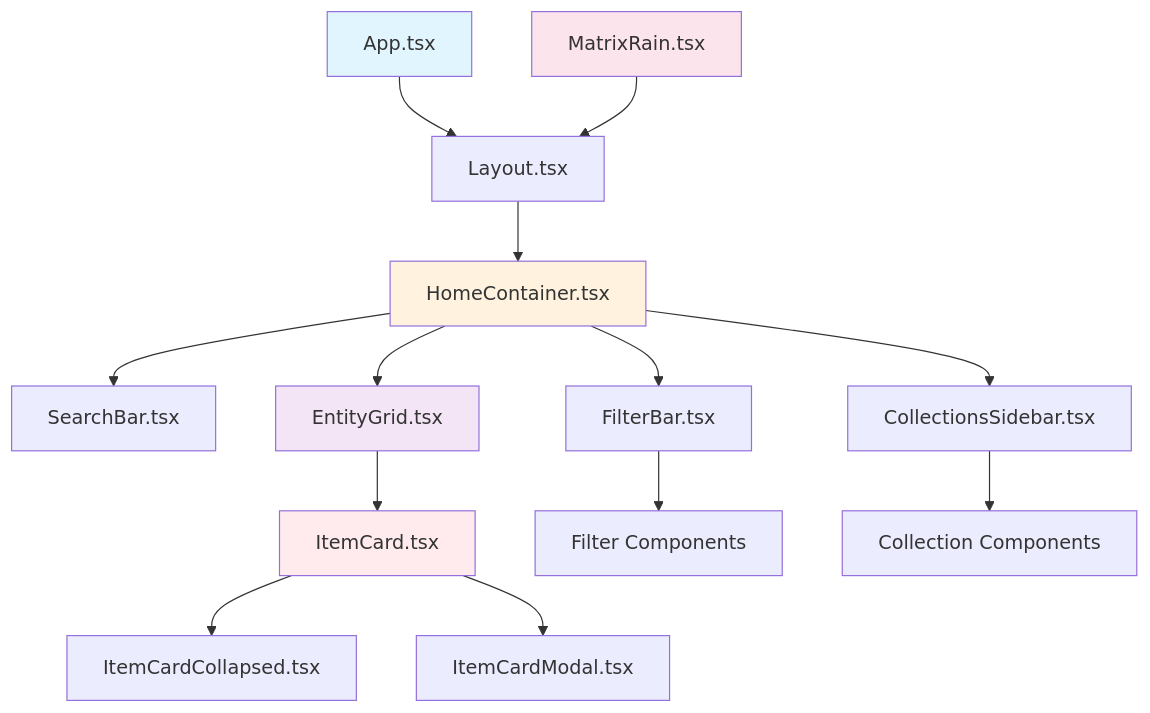
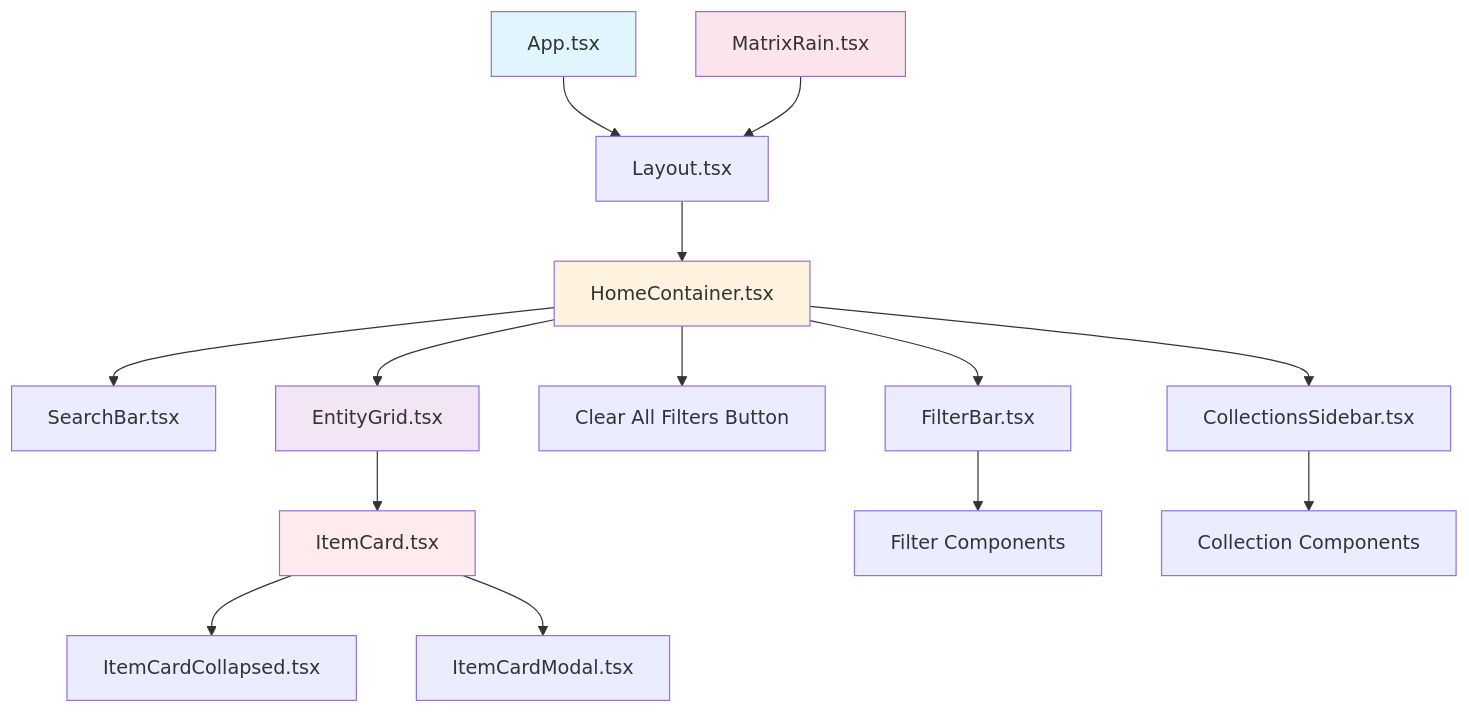
One commit to AustroMelee/Austros-ATLA-World changed the fifth of 15 diagrams in docs/data flow.md. Above: the diagram before and after it, drawn with Mermaid. The commit also changed other lines of this file and 32 other files, not shown here.

````diff
--- a/docs/data flow.md
+++ b/docs/data flow.md
@@ -119,24 +128,25 @@
 ```mermaid
 graph TD
     A[App.tsx] --> B[Layout.tsx]
     B --> C[HomeContainer.tsx]
     C --> D[SearchBar.tsx]
     C --> E[FilterBar.tsx]
-    C --> F[EntityGrid.tsx]
-    C --> G[CollectionsSidebar.tsx]
+    C --> F[Clear All Filters Button]
+    C --> G[EntityGrid.tsx]
+    C --> H[CollectionsSidebar.tsx]
     
-    F --> H[ItemCard.tsx]
-    H --> I[ItemCardCollapsed.tsx]
-    H --> J[ItemCardModal.tsx]
+    G --> I[ItemCard.tsx]
+    I --> J[ItemCardCollapsed.tsx]
+    I --> K[ItemCardModal.tsx]
     
-    E --> K[Filter Components]
-    G --> L[Collection Components]
+    E --> L[Filter Components]
+    H --> M[Collection Components]
     
-    M[MatrixRain.tsx] --> B
+    N[MatrixRain.tsx] --> B
     
     style A fill:#e1f5fe
     style C fill:#fff3e0
-    style F fill:#f3e5f5
-    style H fill:#ffebee
-    style M fill:#fce4ec
+    style G fill:#f3e5f5
+    style I fill:#ffebee
+    style N fill:#fce4ec
 ```
````
